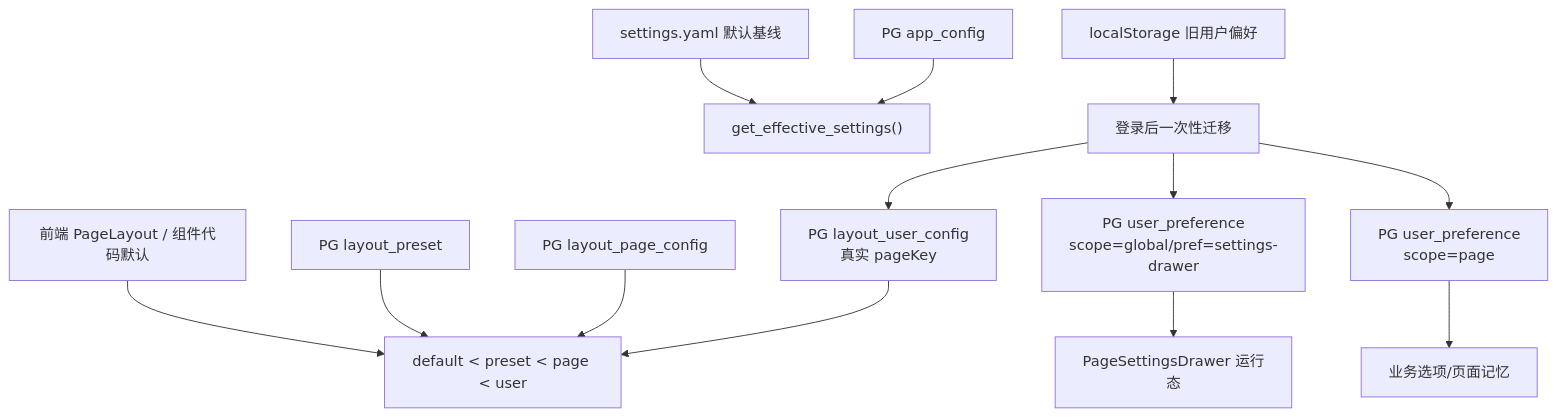
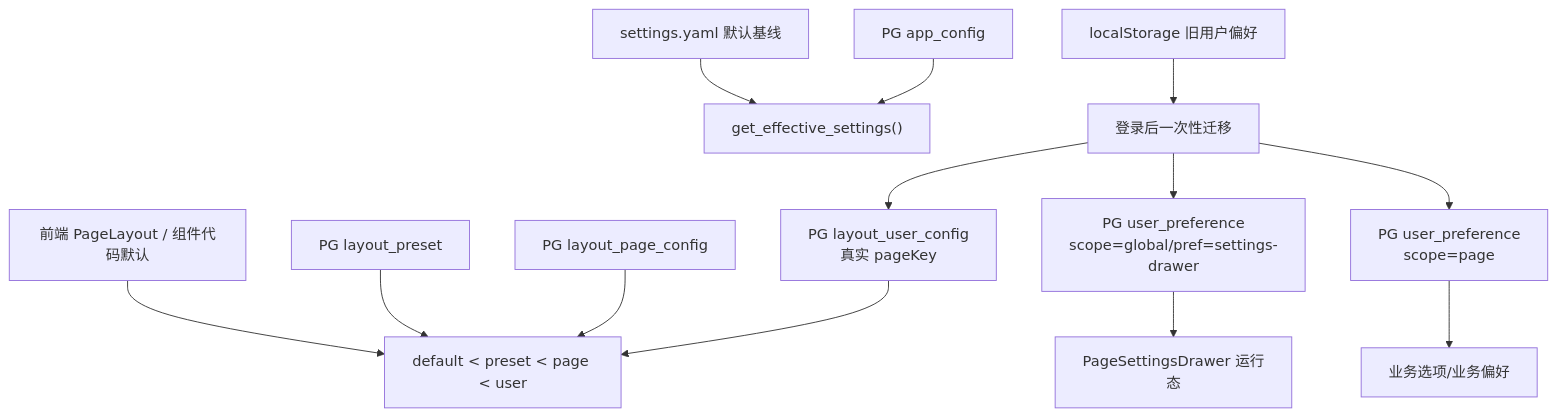
The diagram in agent-works/config-storage-pg-migration/plan.md (fulin-peng-ydxs/ai-stocks), drawn with Mermaid before and after one commit. The commit also changed 28 other files, not shown here.

````diff
--- a/agent-works/config-storage-pg-migration/plan.md
+++ b/agent-works/config-storage-pg-migration/plan.md
@@ -101,18 +101,18 @@
 ```mermaid
 flowchart TD
   YAML["settings.yaml 默认基线"] --> Effective["get_effective_settings()"]
   PGApp["PG app_config"] --> Effective
 
   CodeDefault["前端 PageLayout / 组件代码默认"] --> LayoutMerge["default < preset < page < user"]
   PGPreset["PG layout_preset"] --> LayoutMerge
   PGPage["PG layout_page_config"] --> LayoutMerge
   PGLayoutUser["PG layout_user_config\n真实 pageKey"] --> LayoutMerge
 
   DrawerPref["PG user_preference\nscope=global/pref=settings-drawer"] --> DrawerRuntime["PageSettingsDrawer 运行态"]
-  PagePref["PG user_preference\nscope=page"] --> BusinessRuntime["业务选项/页面记忆"]
+  PagePref["PG user_preference\nscope=page"] --> BusinessRuntime["业务选项/业务偏好"]
 
   LocalOld["localStorage 旧用户偏好"] --> ClientMigration["登录后一次性迁移"]
   ClientMigration --> PGLayoutUser
   ClientMigration --> DrawerPref
   ClientMigration --> PagePref
 ```
````
